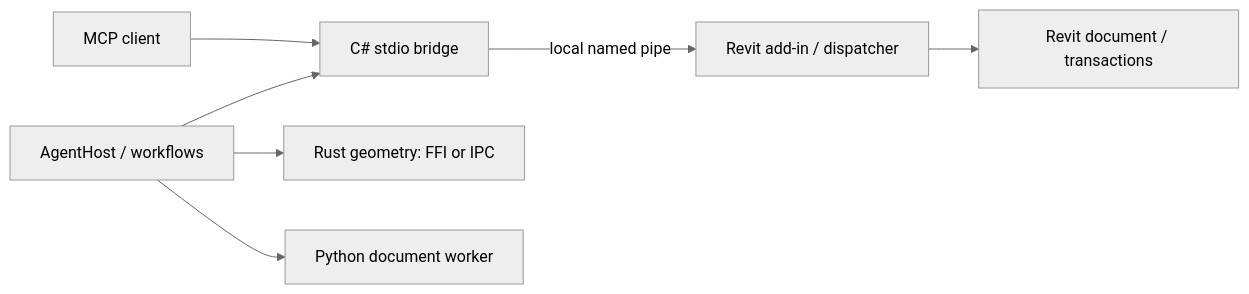
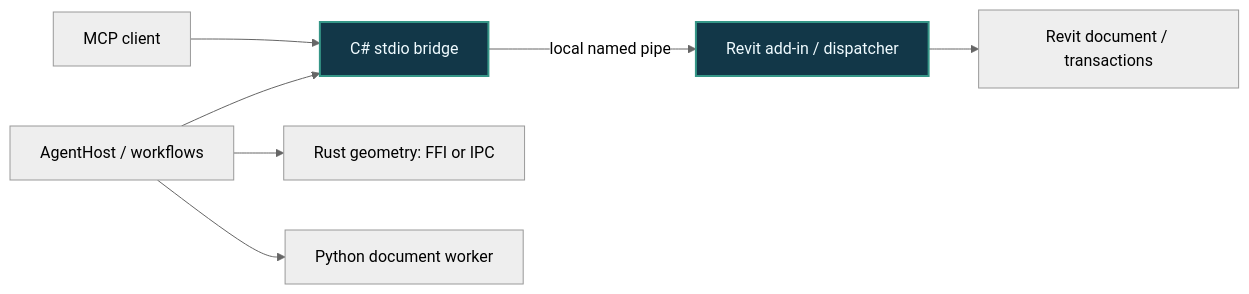
Before and after one commit to Jimjo2n/bimbridge-power-engine: the diagram in README.md, drawn with Mermaid (neutral theme). The commit also changed other lines of this file and 2 other files, not shown here.

````diff
--- a/README.md
+++ b/README.md
@@ -11,9 +15,14 @@
 ```mermaid
 flowchart LR
+  accTitle: BIMBRIDGE architecture
+  accDescr: Revit requests travel through the local C# bridge. AgentHost also connects to Rust and Python workers.
   Client["MCP client"] --> Bridge["C# stdio bridge"]
   Bridge -->|"local named pipe"| Addin["Revit add-in / dispatcher"]
   Addin --> Model["Revit document / transactions"]
   Host["AgentHost / workflows"] --> Bridge
   Host --> Rust["Rust geometry: FFI or IPC"]
   Host --> Python["Python document worker"]
+
+  classDef engine fill:#123748,stroke:#359687,color:#f0fbff,stroke-width:2px
+  class Bridge,Addin engine
 ```
````
